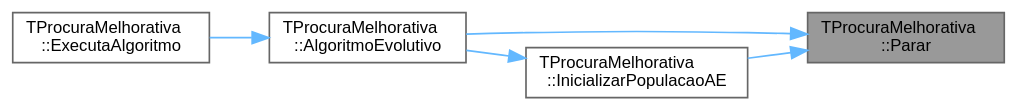
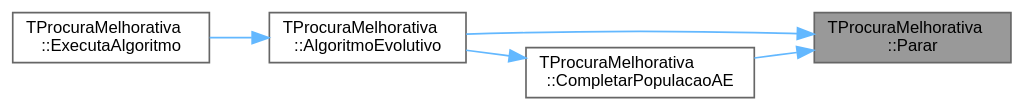
The diagram in classTProcuraMelhorativa_add6b034d0b16d10ca85b2b42d956fae0_icgraph.dot (jcoelho72/TProcura), drawn with Graphviz before and after one commit. The commit also changed 383 other files, not shown here.

```diff
--- a/classTProcuraMelhorativa_add6b034d0b16d10ca85b2b42d956fae0_icgraph.dot
+++ b/classTProcuraMelhorativa_add6b034d0b16d10ca85b2b42d956fae0_icgraph.dot
@@ -1,16 +1,16 @@
 digraph "TProcuraMelhorativa::Parar"
 {
  // LATEX_PDF_SIZE
   bgcolor="transparent";
   edge [fontname=Helvetica,fontsize=10,labelfontname=Helvetica,labelfontsize=10];
   node [fontname=Helvetica,fontsize=10,shape=box,height=0.2,width=0.4];
   rankdir="RL";
   Node1 [id="Node000001",label="TProcuraMelhorativa\l::Parar",height=0.2,width=0.4,color="gray40", fillcolor="grey60", style="filled", fontcolor="black",tooltip="Verifica se a procura deve ser interrompida."];
   Node1 -> Node2 [id="edge5_Node000001_Node000002",dir="back",color="steelblue1",style="solid",tooltip=" "];
   Node2 [id="Node000002",label="TProcuraMelhorativa\l::AlgoritmoEvolutivo",height=0.2,width=0.4,color="grey40", fillcolor="white", style="filled",URL="$classTProcuraMelhorativa.html#a6e7a1d0f1281eae6bf3fbbc7fa5f4026",tooltip=" "];
   Node2 -> Node3 [id="edge6_Node000002_Node000003",dir="back",color="steelblue1",style="solid",tooltip=" "];
   Node3 [id="Node000003",label="TProcuraMelhorativa\l::ExecutaAlgoritmo",height=0.2,width=0.4,color="grey40", fillcolor="white", style="filled",URL="$classTProcuraMelhorativa.html#af101526489df420431d22477e317fb33",tooltip="Executa o algoritmo com os parametros atuais."];
   Node1 -> Node4 [id="edge7_Node000001_Node000004",dir="back",color="steelblue1",style="solid",tooltip=" "];
-  Node4 [id="Node000004",label="TProcuraMelhorativa\l::InicializarPopulacaoAE",height=0.2,width=0.4,color="grey40", fillcolor="white", style="filled",URL="$classTProcuraMelhorativa.html#ac8e4d93219b84ad2039d23230a22d718",tooltip=" "];
+  Node4 [id="Node000004",label="TProcuraMelhorativa\l::CompletarPopulacaoAE",height=0.2,width=0.4,color="grey40", fillcolor="white", style="filled",URL="$classTProcuraMelhorativa.html#a5f0aa5bd919d038c2e1d3903188ba0c1",tooltip=" "];
   Node4 -> Node2 [id="edge8_Node000004_Node000002",dir="back",color="steelblue1",style="solid",tooltip=" "];
 }
```
